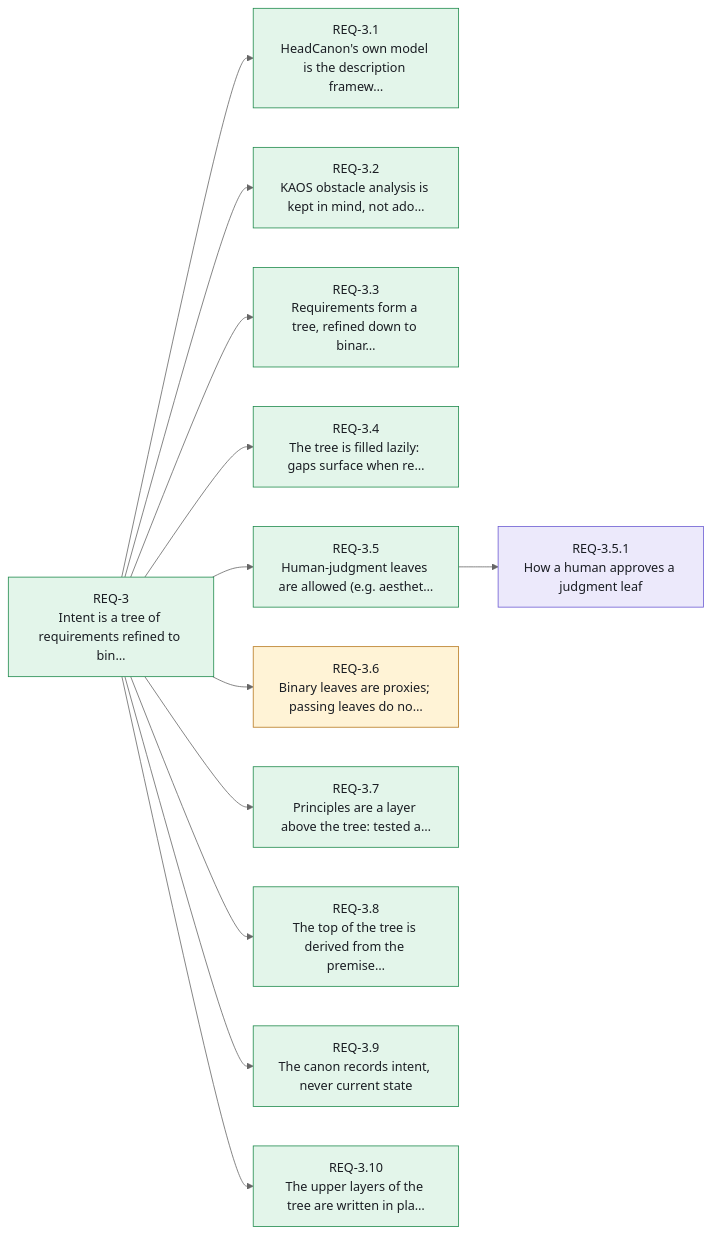
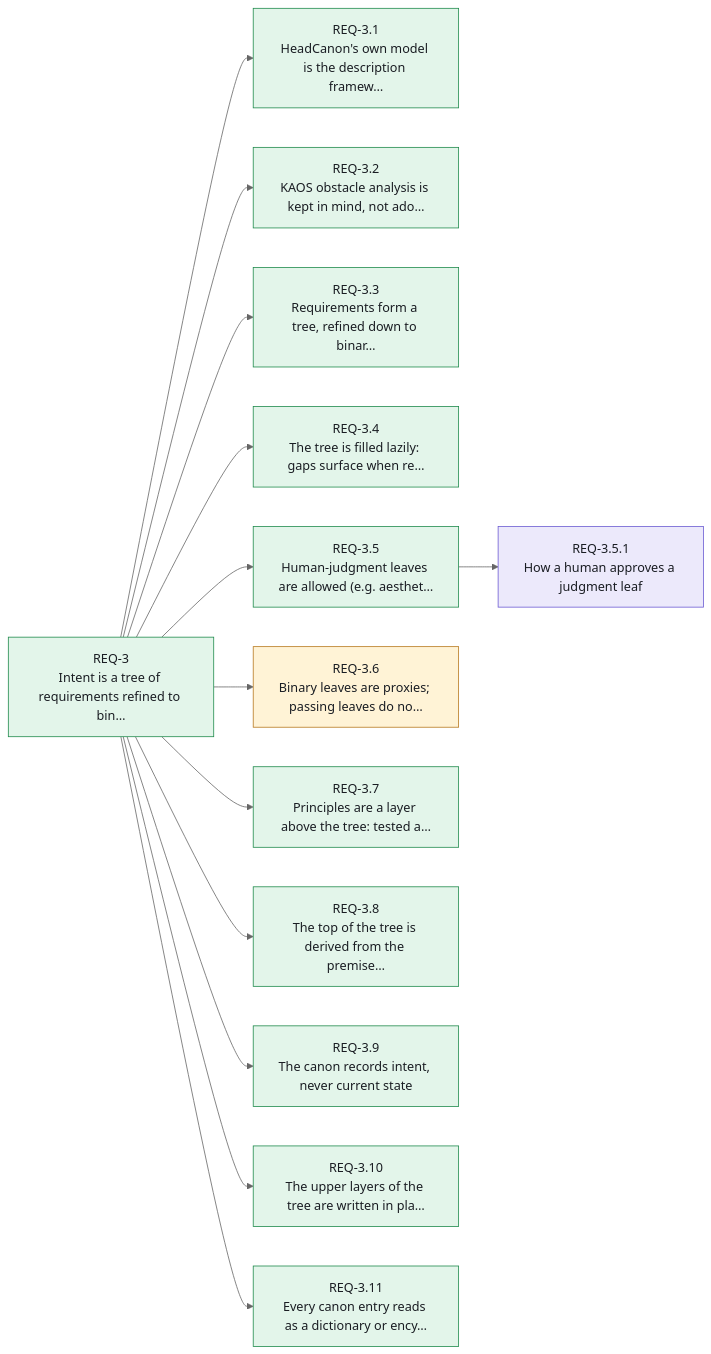
One commit to Althis/headcanon changed the fourth of 14 diagrams in canon/INDEX.md. Above: the diagram before and after it, drawn with Mermaid (neutral theme). The commit also changed other lines of this file and 8 other files, not shown here.

First line of the commit message:
feat(rules): every canon entry reads as an encyclopedia entry

````diff
--- a/canon/INDEX.md
+++ b/canon/INDEX.md
@@ -259,31 +261,33 @@
 ```mermaid
 flowchart LR
     REQ_3["REQ-3<br/>Intent is a tree of requirements refined to bin…"]:::stated
     REQ_3_1["REQ-3.1<br/>HeadCanon's own model is the description framew…"]:::stated
     REQ_3_2["REQ-3.2<br/>KAOS obstacle analysis is kept in mind, not ado…"]:::stated
     REQ_3_3["REQ-3.3<br/>Requirements form a tree, refined down to binar…"]:::stated
     REQ_3_4["REQ-3.4<br/>The tree is filled lazily: gaps surface when re…"]:::stated
     REQ_3_5["REQ-3.5<br/>Human-judgment leaves are allowed (e.g. aesthet…"]:::stated
     REQ_3_5_1["REQ-3.5.1<br/>How a human approves a judgment leaf"]:::open
     REQ_3_6["REQ-3.6<br/>Binary leaves are proxies; passing leaves do no…"]:::assumed
     REQ_3_7["REQ-3.7<br/>Principles are a layer above the tree: tested a…"]:::stated
     REQ_3_8["REQ-3.8<br/>The top of the tree is derived from the premise…"]:::stated
     REQ_3_9["REQ-3.9<br/>The canon records intent, never current state"]:::stated
     REQ_3_10["REQ-3.10<br/>The upper layers of the tree are written in pla…"]:::stated
+    REQ_3_11["REQ-3.11<br/>Every canon entry reads as a dictionary or ency…"]:::stated
     REQ_3 --> REQ_3_1
     REQ_3 --> REQ_3_2
     REQ_3 --> REQ_3_3
     REQ_3 --> REQ_3_4
     REQ_3 --> REQ_3_5
     REQ_3_5 --> REQ_3_5_1
     REQ_3 --> REQ_3_6
     REQ_3 --> REQ_3_7
     REQ_3 --> REQ_3_8
     REQ_3 --> REQ_3_9
     REQ_3 --> REQ_3_10
+    REQ_3 --> REQ_3_11
     classDef stated fill:#e3f5ea,stroke:#1f8a4c,color:#1a1d23
     classDef resolved fill:#e8efff,stroke:#2563eb,color:#1a1d23
     classDef assumed fill:#fff3d6,stroke:#b7791f,color:#1a1d23
     classDef open fill:#ece9fb,stroke:#6b5bd2,color:#1a1d23
     classDef contested fill:#fde7e8,stroke:#d13438,color:#1a1d23
 ```
````
